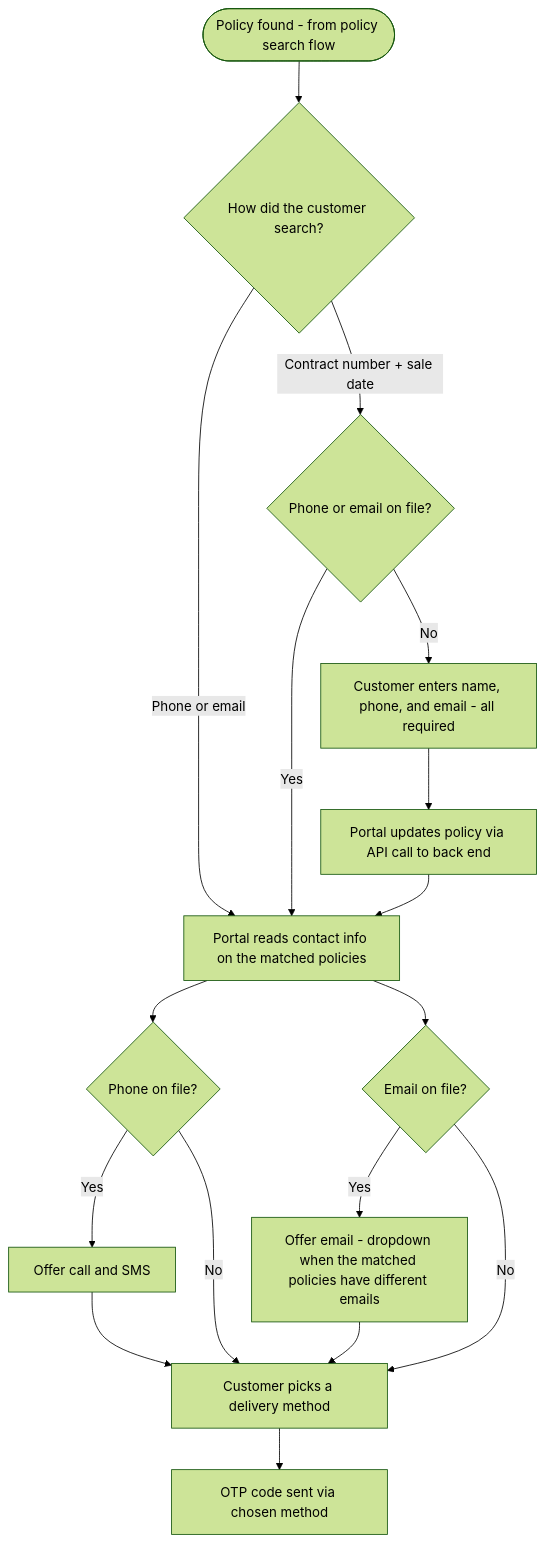
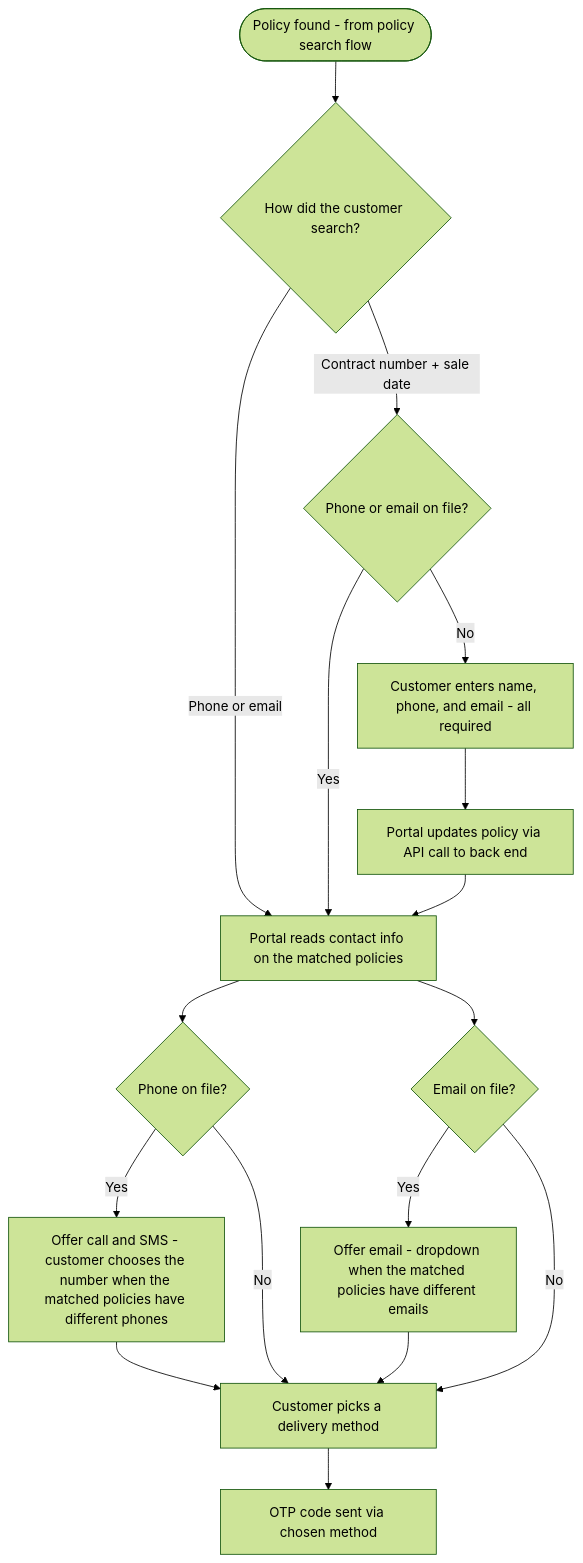
The diagram in docs/flows/02-otp-routing.md (prqueen90-collab/journey-diagrams), drawn with Mermaid (forest theme) before and after one commit. The commit also changed other lines of this file, not shown here.

First line of the commit message:
Flow 2: customer chooses which phone number gets the code

````diff
--- a/docs/flows/02-otp-routing.md
+++ b/docs/flows/02-otp-routing.md
@@ -8,19 +8,19 @@
 ```mermaid
 flowchart TD
     A([Policy found - from policy search flow]) --> B{How did the customer search?}
     B -->|Phone or email| C[Portal reads contact info on the matched policies]
     B -->|Contract number + sale date| D{Phone or email on file?}
     D -->|Yes| C
     D -->|No| F[Customer enters name, phone, and email - all required]
     F --> P[Portal updates policy via API call to back end]
     P --> C
     C --> G{Phone on file?}
     C --> H{Email on file?}
-    G -->|Yes| I[Offer call and SMS]
+    G -->|Yes| I[Offer call and SMS - customer chooses the number when the matched policies have different phones]
     H -->|Yes| J[Offer email - dropdown when the matched policies have different emails]
     G -->|No| K[Customer picks a delivery method]
     H -->|No| K
     I --> K
     J --> K
     K --> L[OTP code sent via chosen method]
 ```
````
